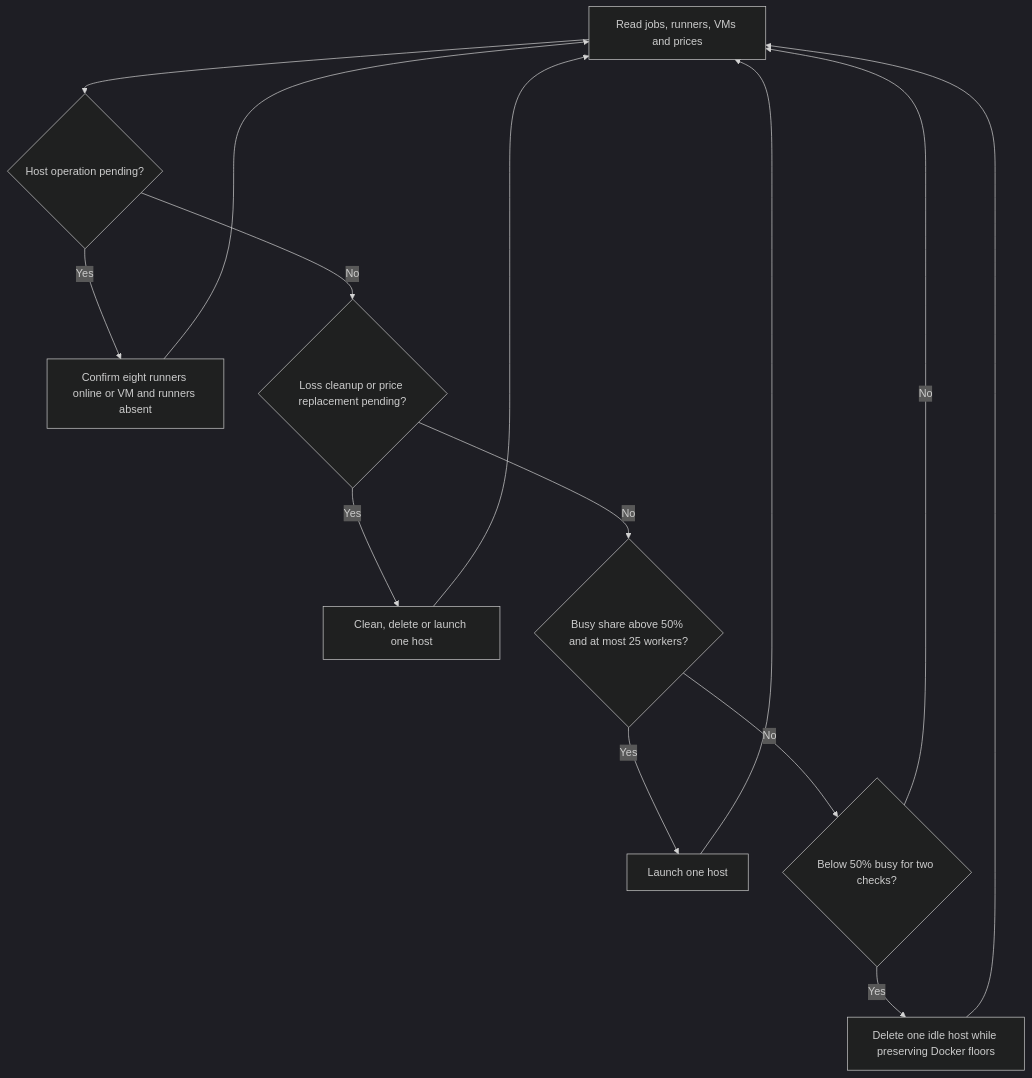
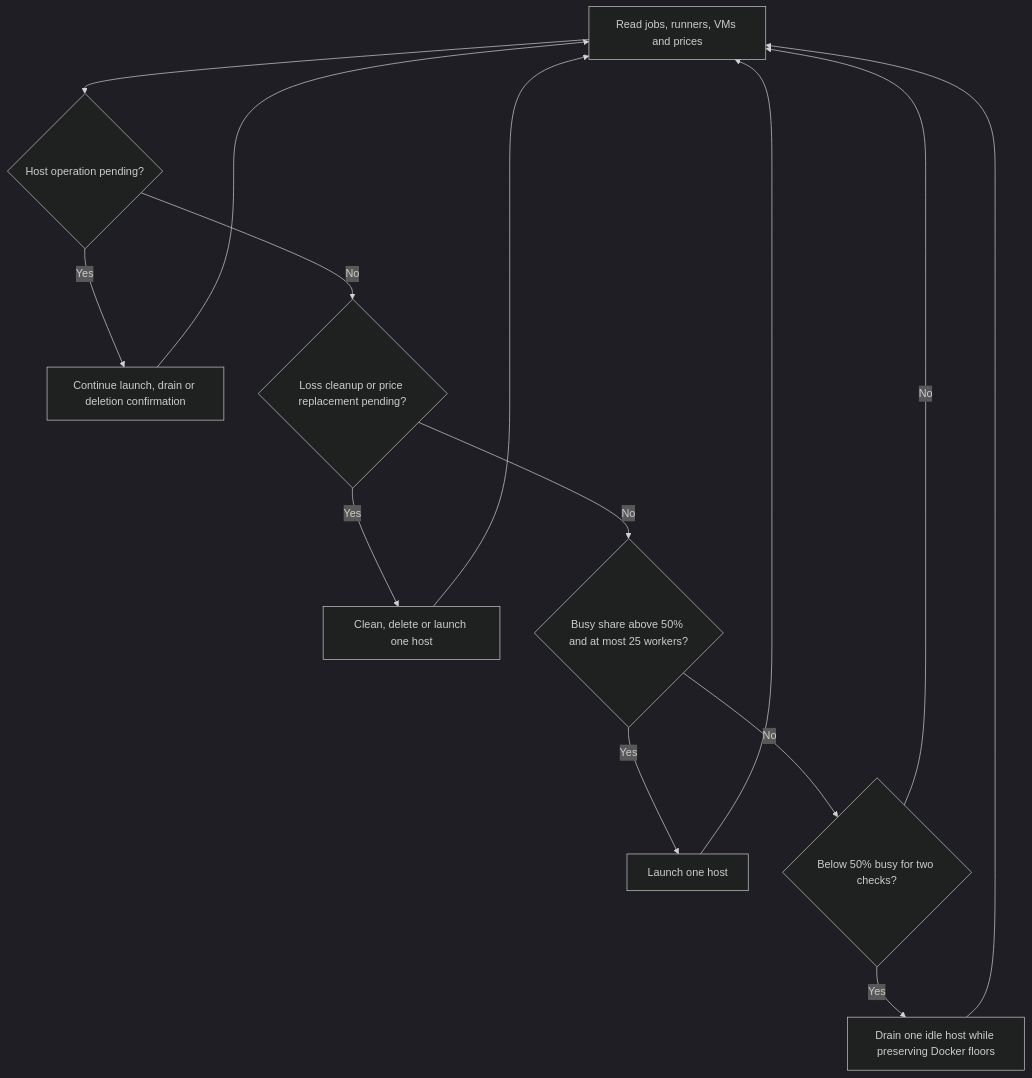
Before and after one commit to TheDancingDeveloper-org/spot-github-runners: the diagram in README.md, drawn with Mermaid (dark theme). The commit also changed other lines of this file and 4 other files, not shown here.

First line of the commit message:
Drain runner jobs before idle VM scale-down (#7)

````diff
--- a/README.md
+++ b/README.md
@@ -15,16 +15,16 @@
 ```mermaid
 flowchart TD
     A[Read jobs, runners, VMs and prices] --> P{Host operation pending?}
-    P -- Yes --> W[Confirm eight runners online or VM and runners absent]
+    P -- Yes --> W[Continue launch, drain or deletion confirmation]
     W --> A
     P -- No --> R{Loss cleanup or price replacement pending?}
     R -- Yes --> S[Clean, delete or launch one host]
     S --> A
     R -- No --> B{Busy share above 50% and at most 25 workers?}
     B -- Yes --> C[Launch one host]
     C --> A
     B -- No --> E{Below 50% busy for two checks?}
-    E -- Yes --> F[Delete one idle host while preserving Docker floors]
+    E -- Yes --> F[Drain one idle host while preserving Docker floors]
     F --> A
     E -- No --> A
 ```
````
